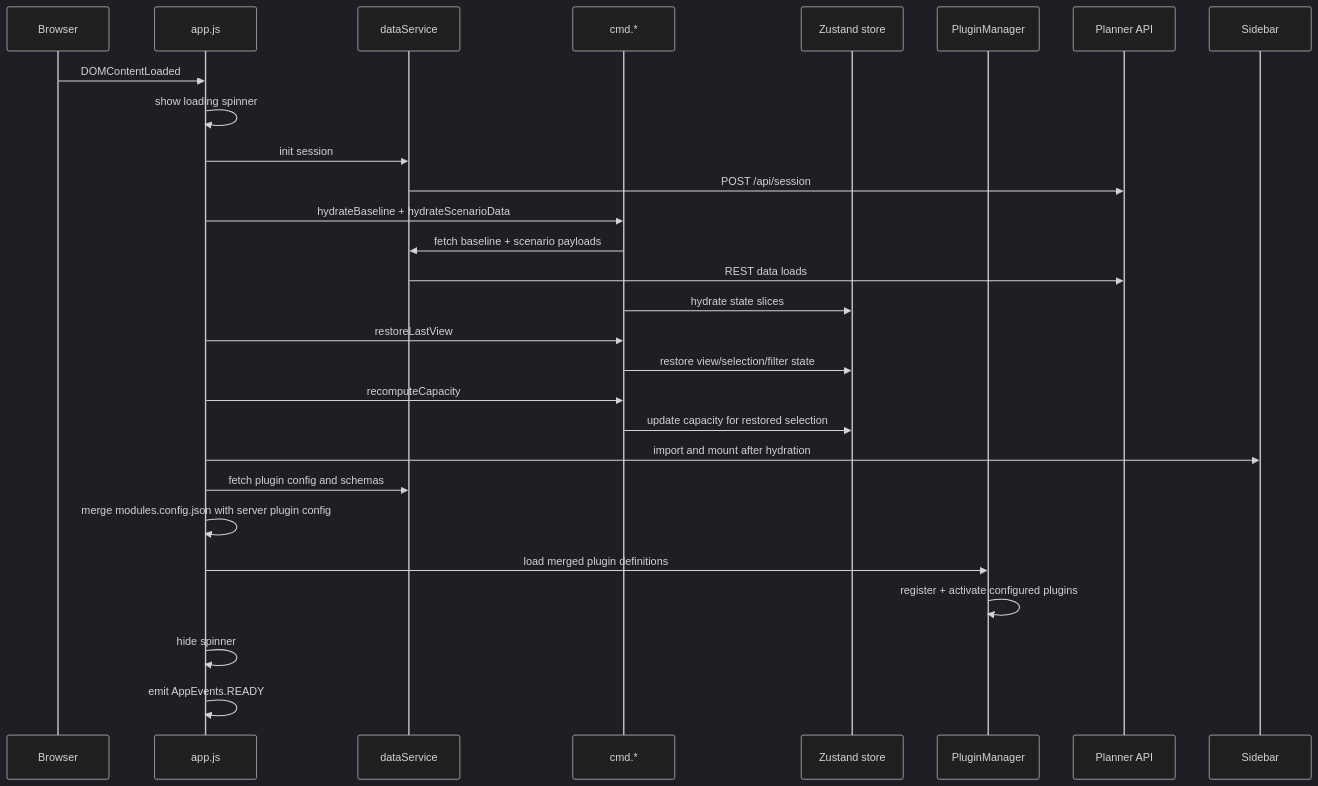
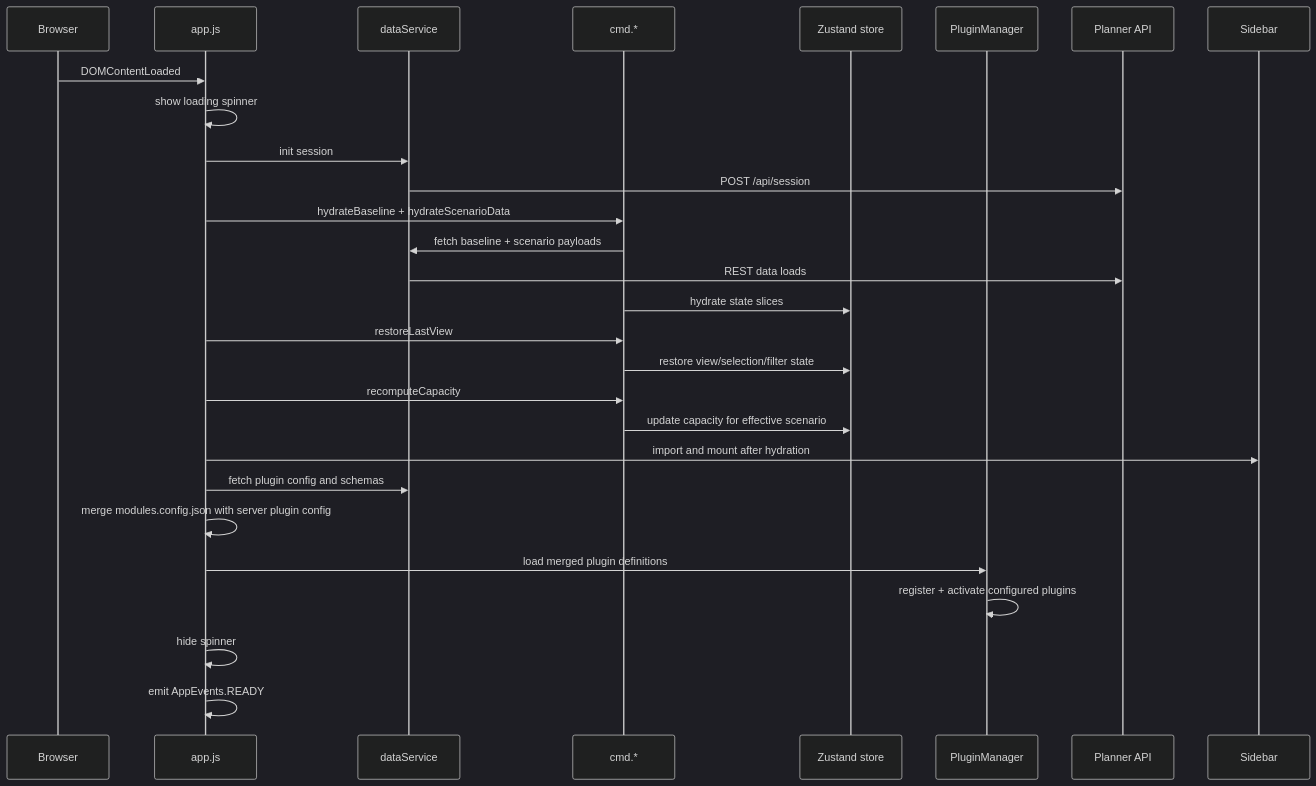
The third of 5 diagrams in docs/ARCHITECTURE.md (kpoppel/PlannerTool), drawn with Mermaid (dark theme) before and after one commit. The commit also changed other lines of this file, not shown here.

Commit message:
Architecture document updated.

````diff
--- a/docs/ARCHITECTURE.md
+++ b/docs/ARCHITECTURE.md
@@ -347,31 +447,31 @@
 ```mermaid
 sequenceDiagram
     participant Browser
     participant App as app.js
     participant Data as dataService
     participant Cmd as cmd.*
     participant Store as Zustand store
     participant PM as PluginManager
     participant API as Planner API
     participant Sidebar
 
     Browser->>App: DOMContentLoaded
     App->>App: show loading spinner
     App->>Data: init session
     Data->>API: POST /api/session
     App->>Cmd: hydrateBaseline + hydrateScenarioData
     Cmd->>Data: fetch baseline + scenario payloads
     Data->>API: REST data loads
     Cmd->>Store: hydrate state slices
     App->>Cmd: restoreLastView
     Cmd->>Store: restore view/selection/filter state
     App->>Cmd: recomputeCapacity
-    Cmd->>Store: update capacity for restored selection
+    Cmd->>Store: update capacity for effective scenario
     App->>Sidebar: import and mount after hydration
     App->>Data: fetch plugin config and schemas
     App->>App: merge modules.config.json with server plugin config
     App->>PM: load merged plugin definitions
     PM->>PM: register + activate configured plugins
     App->>App: hide spinner
     App->>App: emit AppEvents.READY
 ```
````
